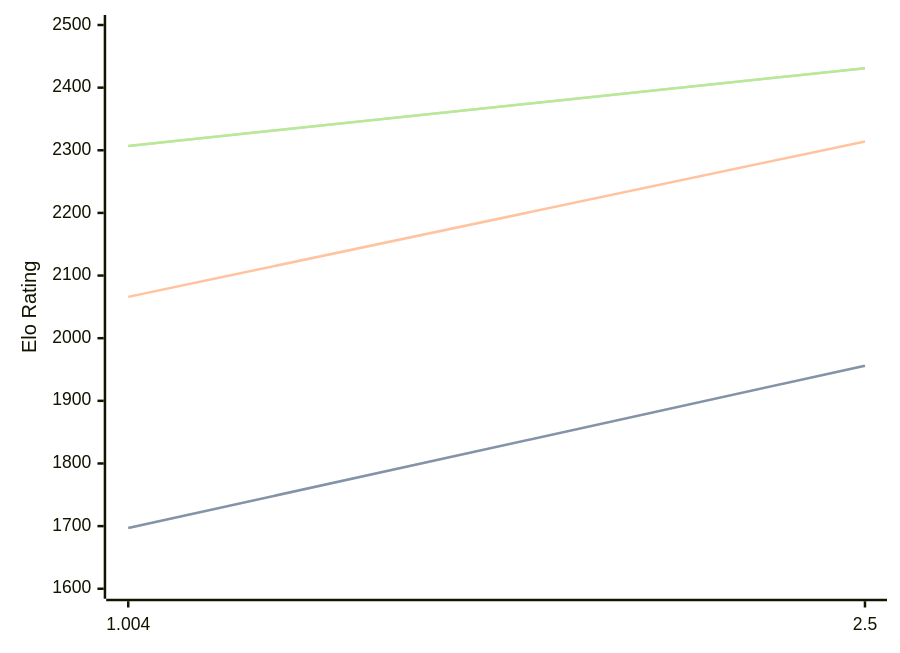
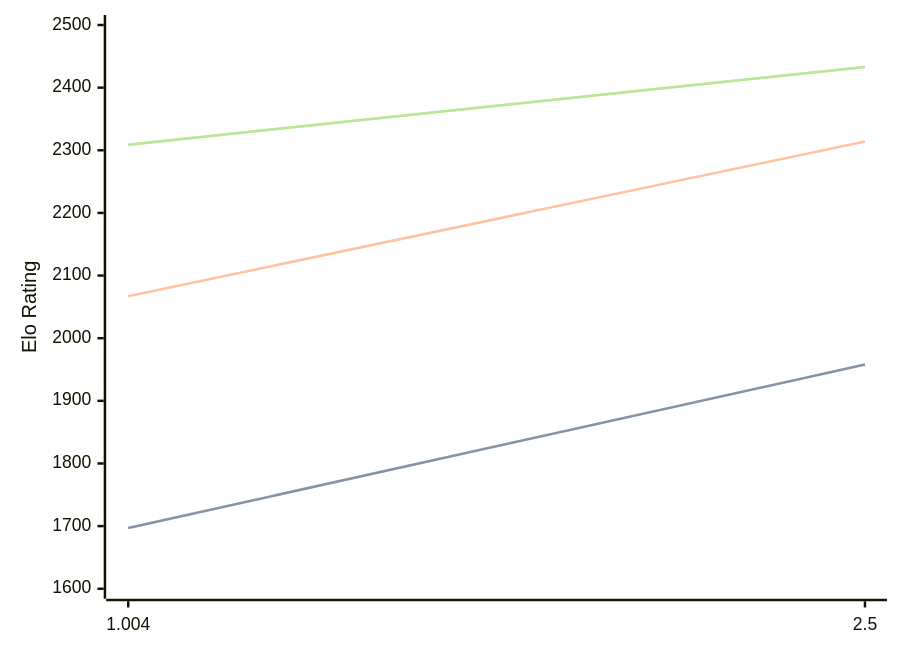
One commit to computer-chess-index/cci changed the third of 3 diagrams in engines/Ares.md. Above: the diagram before and after it, drawn with Mermaid. The commit also changed other lines of this file, not shown here.

Commit message:
Update CCI Ratings (ELO VLTC) - 2026-06-30

````diff
--- a/engines/Ares.md
+++ b/engines/Ares.md
@@ -65,11 +65,11 @@
 ```mermaid
 %%{init: {"theme":"base","themeVariables":{"seriesColors:['#a3a3a3','#222221','#faa371']}}}%%
 xychart-beta
   x-axis ["1.004", "2.5"]
   y-axis "Elo Rating" 1600 --> 2500
-  line "STC (8.0+0.08s)" [1697, 1956]
-  line "STC (8.0+0.08s)" [1697, 1956]
-  line "LTC (60.0+0.60s)" [2066, 2314]
-  line "VLTC (2m24s+1.12s)" [2307, 2431]
-  line "VLTC (2m24s+1.12s)" [2307, 2431]
+  line "STC (8.0+0.08s)" [1697, 1958]
+  line "STC (8.0+0.08s)" [1697, 1958]
+  line "LTC (60.0+0.60s)" [2067, 2314]
+  line "VLTC (2m24s+1.12s)" [2309, 2433]
+  line "VLTC (2m24s+1.12s)" [2309, 2433]
 ```
````
